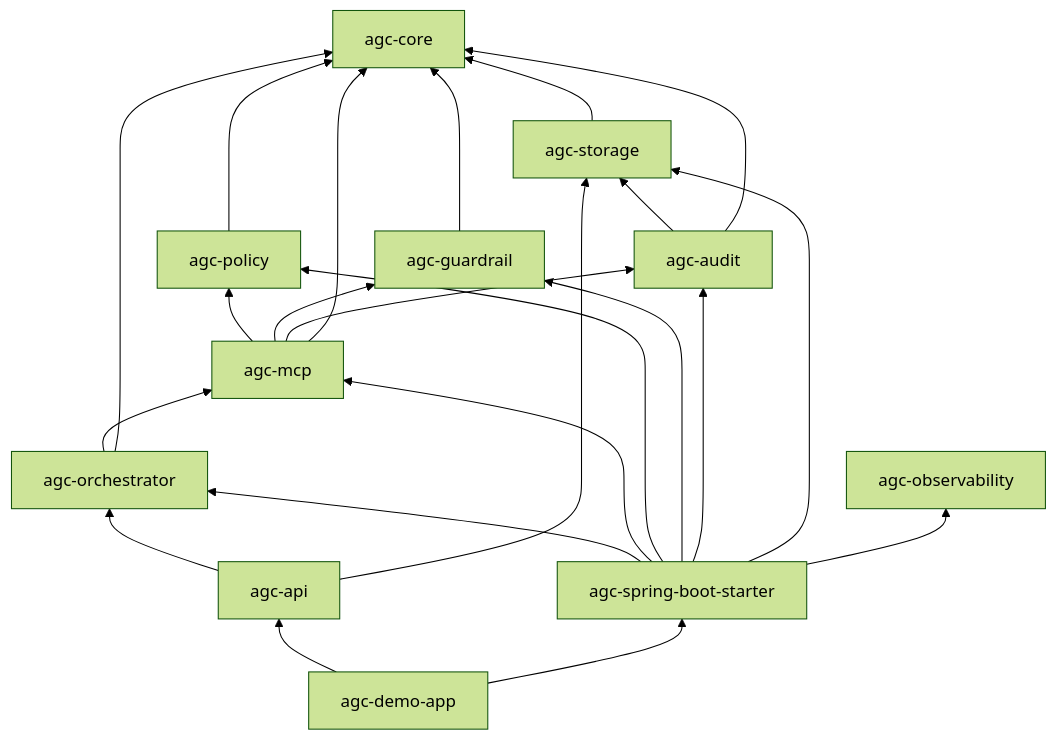
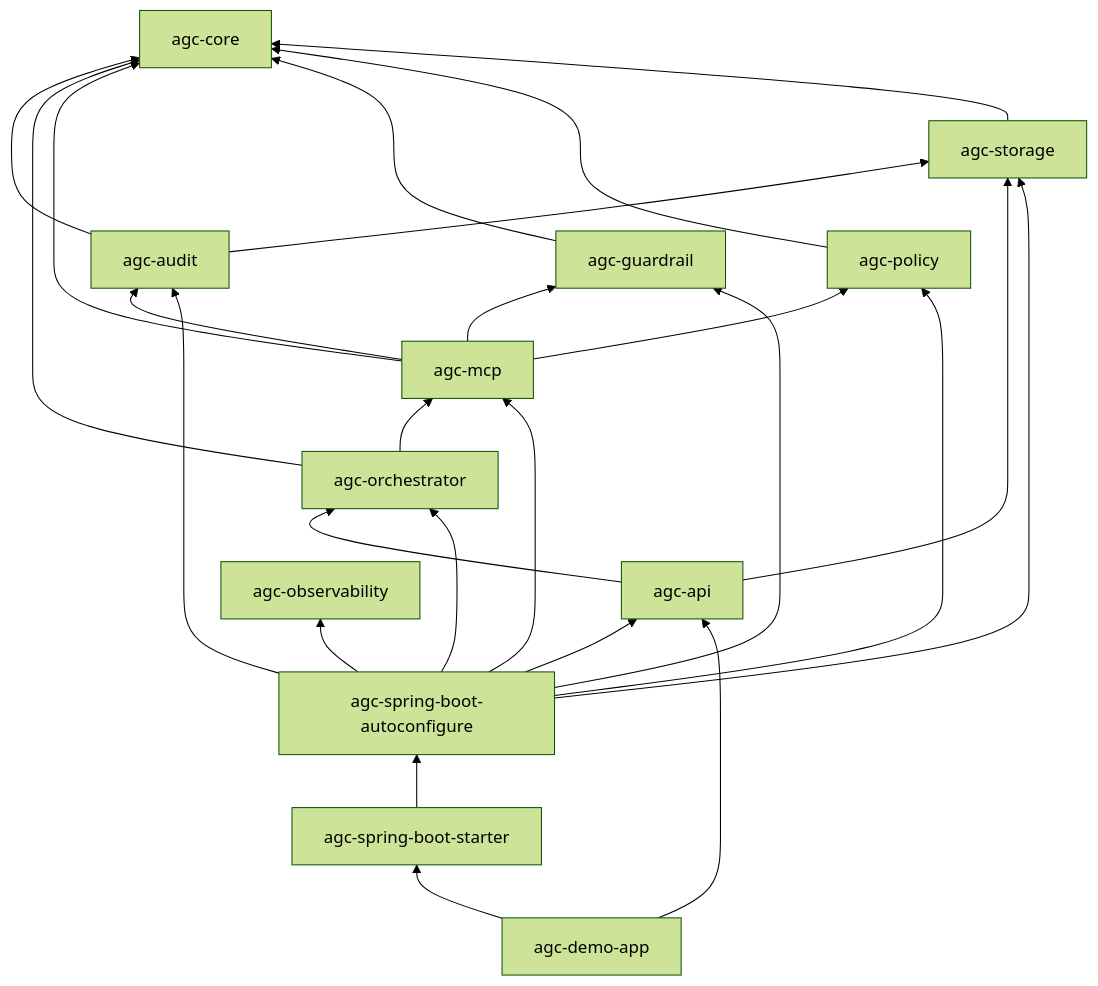
Before and after one commit to ranasl62/agc-framework: the diagram in docs/ARCHITECTURE.md, drawn with Mermaid (forest theme). The commit also changed other lines of this file and 68 other files, not shown here.

````diff
--- a/docs/ARCHITECTURE.md
+++ b/docs/ARCHITECTURE.md
@@ -11,37 +11,40 @@
 ```mermaid
 flowchart BT
   demo[agc-demo-app]
   api[agc-api]
   starter[agc-spring-boot-starter]
+  autoconf[agc-spring-boot-autoconfigure]
   orch[agc-orchestrator]
   mcp[agc-mcp]
   pol[agc-policy]
   gr[agc-guardrail]
   aud[agc-audit]
   stor[agc-storage]
   obs[agc-observability]
   core[agc-core]
 
   demo --> api
   demo --> starter
-  starter --> orch
-  starter --> mcp
-  starter --> pol
-  starter --> gr
-  starter --> aud
-  starter --> stor
-  starter --> obs
+  starter --> autoconf
+  autoconf --> orch
+  autoconf --> mcp
+  autoconf --> pol
+  autoconf --> gr
+  autoconf --> aud
+  autoconf --> stor
+  autoconf --> obs
+  autoconf --> api
   api --> orch
   api --> stor
   orch --> mcp
   mcp --> pol
   mcp --> gr
   mcp --> aud
   aud --> stor
   stor --> core
   pol --> core
   gr --> core
   mcp --> core
   orch --> core
   aud --> core
 ```
````
